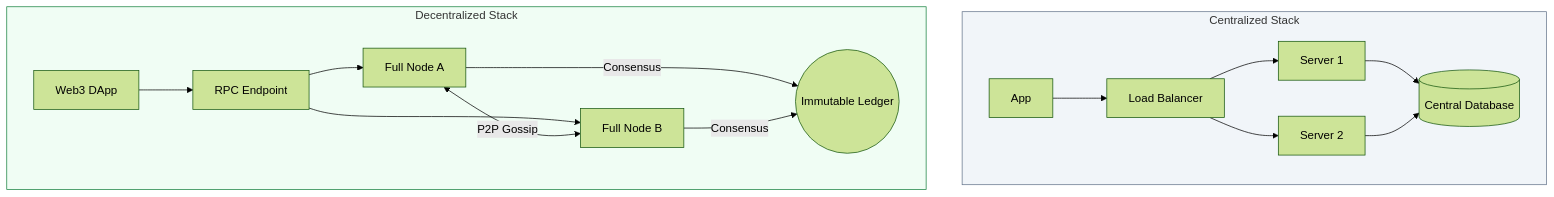
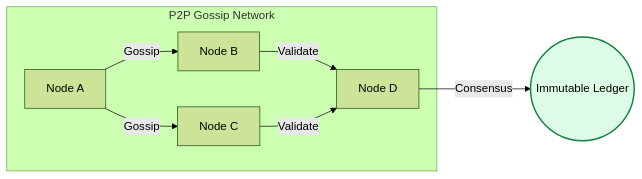
One commit to Ganil151/Devops changed the diagram in 1-Beginner/03-Phase-3/05-Blockchain/README.md. Above: the diagram before and after it, drawn with Mermaid (forest theme). The commit also changed other lines of this file and 75 other files, not shown here.

````diff
--- a/1-Beginner/03-Phase-3/05-Blockchain/README.md
+++ b/1-Beginner/03-Phase-3/05-Blockchain/README.md
@@ -29,20 +33,13 @@
 ```mermaid
-graph TD
-    subgraph Traditional_Stack[Centralized Stack]
-        App --> LB[Load Balancer]
-        LB --> S1[Server 1]
-        LB --> S2[Server 2]
-        S1 & S2 --> DB[(Central Database)]
+graph LR
+    subgraph Network [P2P Gossip Network]
+        N1[Node A] -->|Gossip| N2[Node B]
+        N1 -->|Gossip| N3[Node C]
+        N2 -->|Validate| N4[Node D]
+        N3 -->|Validate| N4
     end
     
-    subgraph Blockchain_Stack[Decentralized Stack]
-        Web3_App[Web3 DApp] --> RPC[RPC Endpoint]
-        RPC --> Node1[Full Node A]
-        RPC --> Node2[Full Node B]
-        Node1 <-->|P2P Gossip| Node2
-        Node1 & Node2 -->|Consensus| Shared_Ledger((Immutable Ledger))
-    end
+    N4 -->|Consensus| L((Immutable Ledger))
     
-    style Traditional_Stack fill:#f1f5f9,stroke:#64748b
-    style Blockchain_Stack fill:#f0fdf4,stroke:#15803d
+    style L fill:#dcfce7,stroke:#15803d,stroke-width:2px
 ```
````
